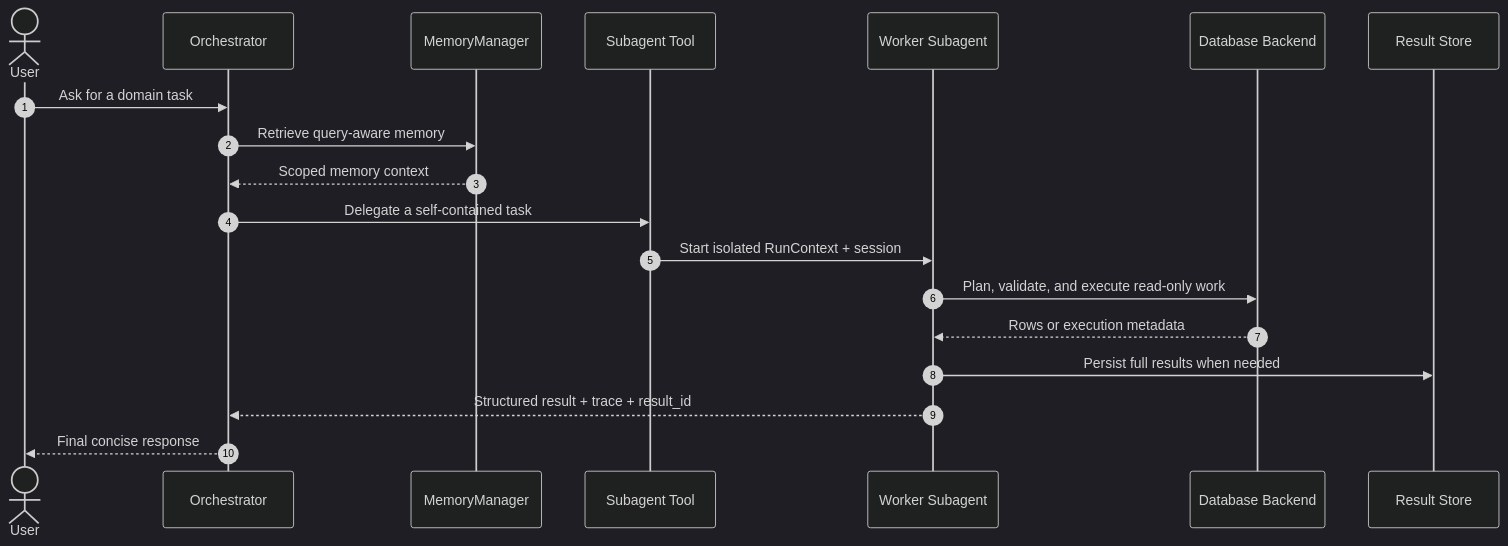
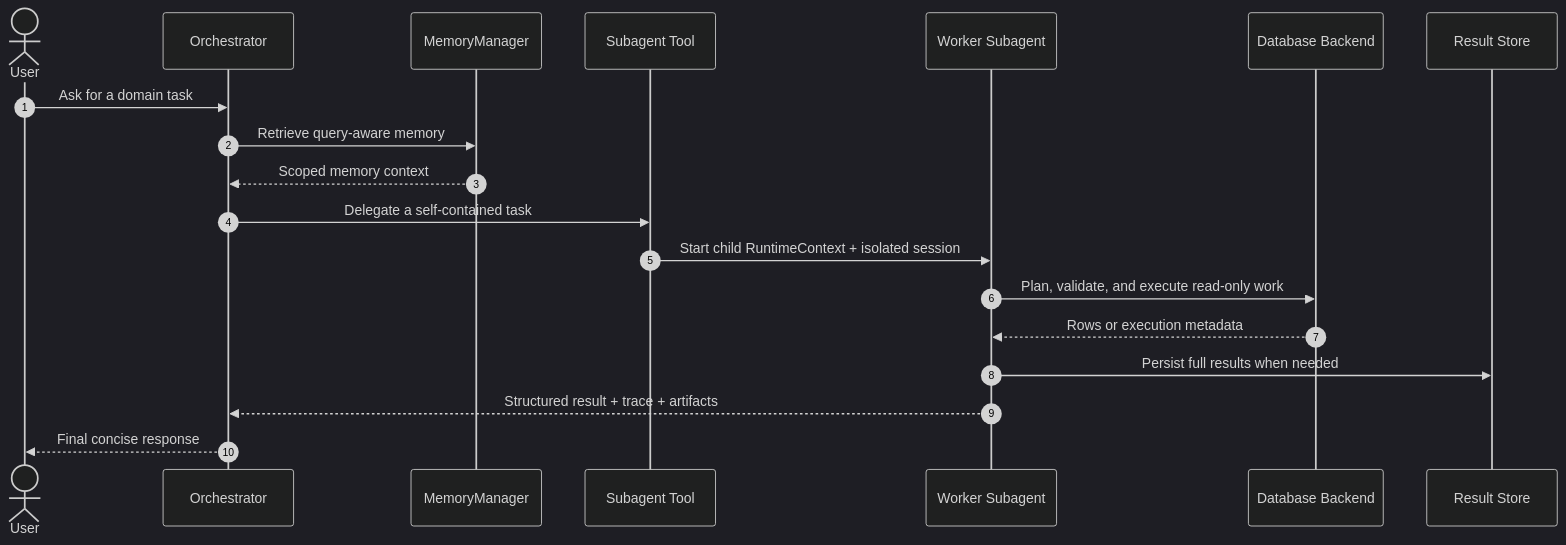
The diagram in README.md (chick26/agentweave), drawn with Mermaid (dark theme) before and after one commit. The commit also changed other lines of this file and 74 other files, not shown here.

````diff
--- a/README.md
+++ b/README.md
@@ -20,22 +20,22 @@
 ```mermaid
 sequenceDiagram
     autonumber
     actor User
     participant O as Orchestrator
     participant M as MemoryManager
     participant T as Subagent Tool
     participant W as Worker Subagent
     participant DB as Database Backend
     participant RS as Result Store
 
     User->>O: Ask for a domain task
     O->>M: Retrieve query-aware memory
     M-->>O: Scoped memory context
     O->>T: Delegate a self-contained task
-    T->>W: Start isolated RunContext + session
+    T->>W: Start child RuntimeContext + isolated session
     W->>DB: Plan, validate, and execute read-only work
     DB-->>W: Rows or execution metadata
     W->>RS: Persist full results when needed
-    W-->>O: Structured result + trace + result_id
+    W-->>O: Structured result + trace + artifacts
     O-->>User: Final concise response
 ```
````
